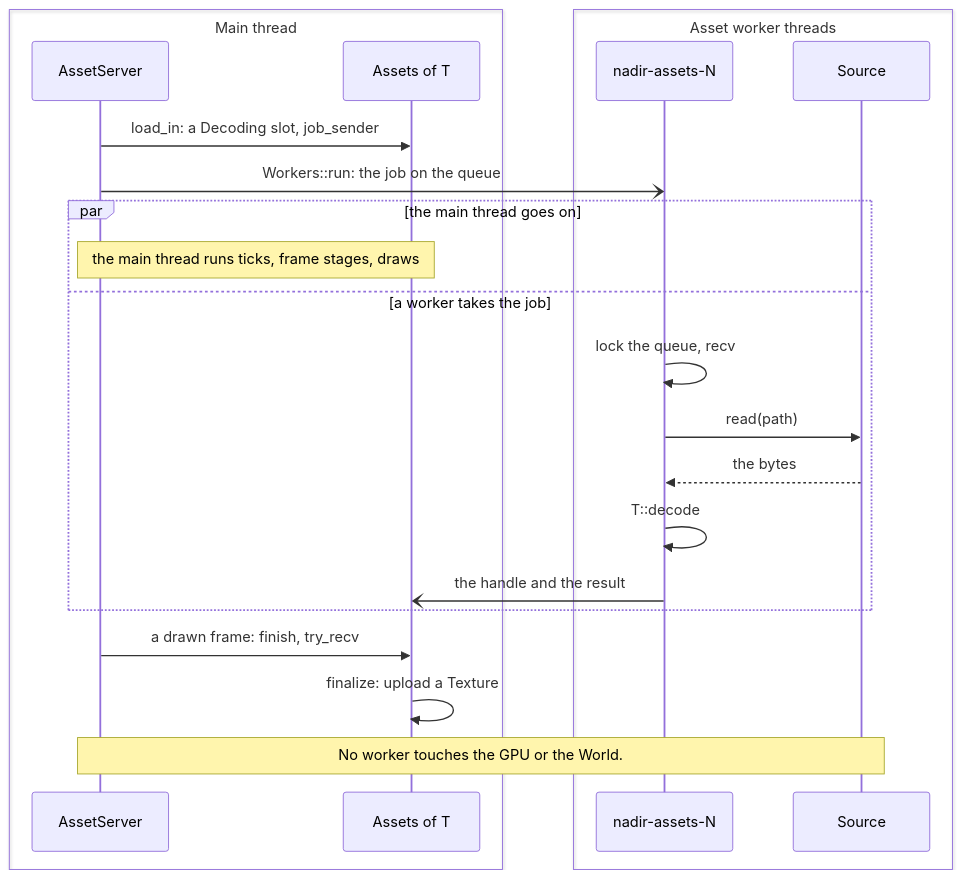
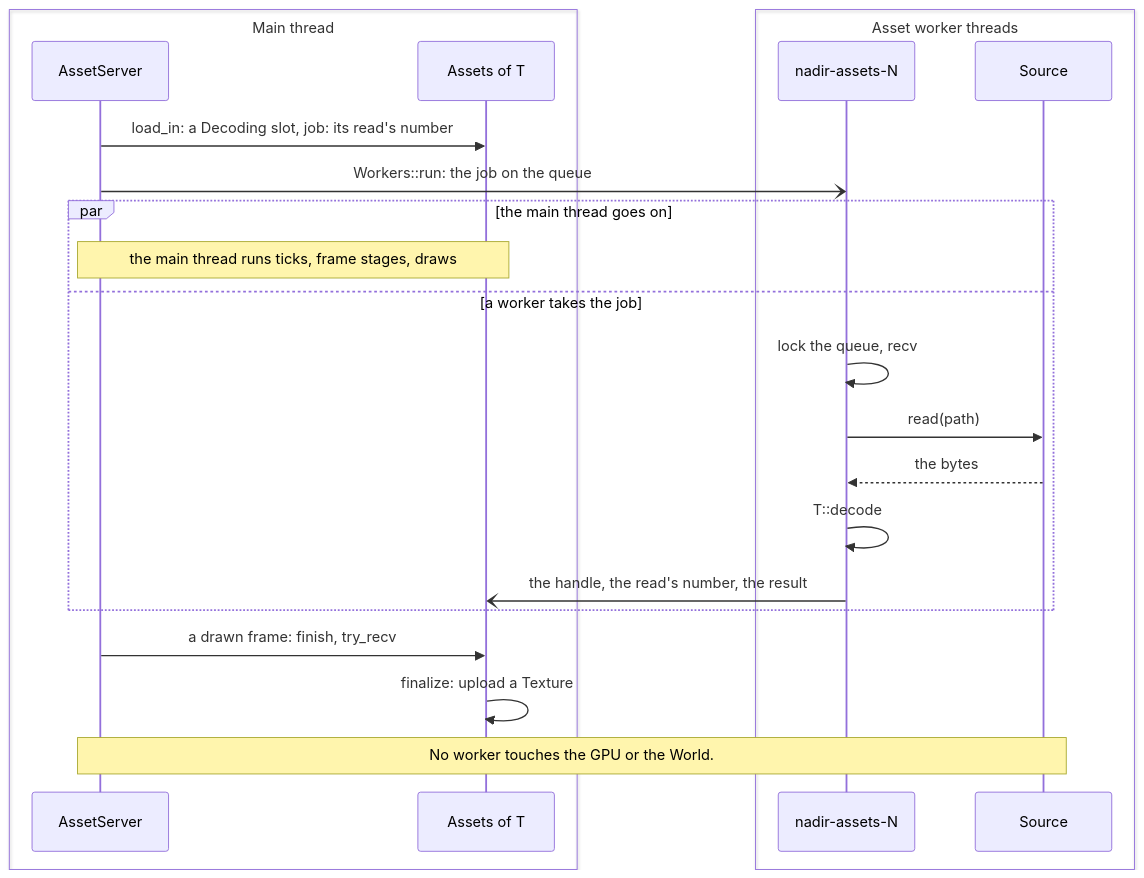
Before and after one commit to jabbott-iii/Nadir: the eighth of 10 diagrams in diagrams/game-loop-sequence.md, drawn with Mermaid. The commit also changed other lines of this file and 13 other files, not shown here.

````diff
--- a/diagrams/game-loop-sequence.md
+++ b/diagrams/game-loop-sequence.md
@@ -410,26 +410,26 @@
 ```mermaid
 sequenceDiagram
     box Main thread
         participant Srv as AssetServer
         participant Sto as Assets of T
     end
     box Asset worker threads
         participant Wk as nadir-assets-N
         participant Src as Source
     end
 
-    Srv->>Sto: load_in: a Decoding slot, job_sender
+    Srv->>Sto: load_in: a Decoding slot, job: its read's number
     Srv-)Wk: Workers::run: the job on the queue
     par the main thread goes on
         Note over Srv,Sto: the main thread runs ticks, frame stages, draws
     and a worker takes the job
         Wk->>Wk: lock the queue, recv
         Wk->>Src: read(path)
         Src-->>Wk: the bytes
         Wk->>Wk: T::decode
-        Wk-)Sto: the handle and the result
+        Wk-)Sto: the handle, the read's number, the result
     end
     Srv->>Sto: a drawn frame: finish, try_recv
     Sto->>Sto: finalize: upload a Texture
     Note over Srv,Src: No worker touches the GPU or the World.
 ```
````
